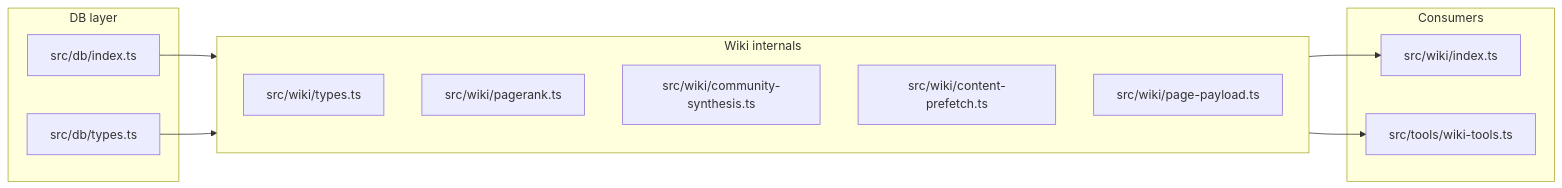
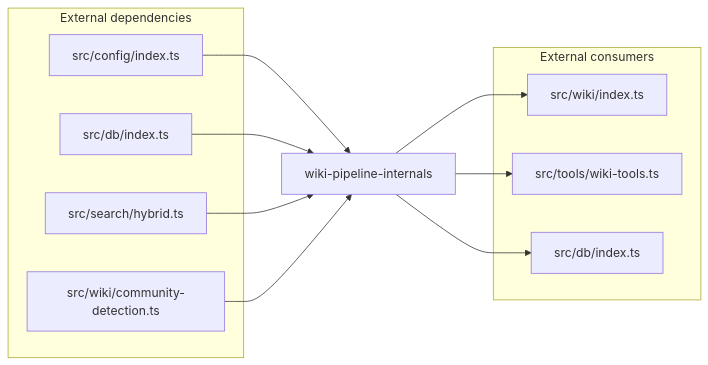
Before and after one commit to TheWinci/mimirs: the second of 2 diagrams in wiki/communities/wiki-pipeline-internals.md, drawn with Mermaid. The commit also changed other lines of this file and 36 other files, not shown here.

````diff
--- a/wiki/communities/wiki-pipeline-internals.md
+++ b/wiki/communities/wiki-pipeline-internals.md
@@ -98,22 +101,22 @@
 ```mermaid
 flowchart LR
-  subgraph dbLayer ["DB layer"]
+  subgraph Upstream["External dependencies"]
+    cfg["src/config/index.ts"]
+    db["src/db/index.ts"]
+    hybrid["src/search/hybrid.ts"]
+    detect["src/wiki/community-detection.ts"]
+  end
+  internals["wiki-pipeline-internals"]
+  subgraph Downstream["External consumers"]
+    barrel["src/wiki/index.ts"]
+    wikiTools["src/tools/wiki-tools.ts"]
     dbIdx["src/db/index.ts"]
-    dbTypes["src/db/types.ts"]
   end
-  subgraph wikiInternals ["Wiki internals"]
-    wikiTypes["src/wiki/types.ts"]
-    pagerank["src/wiki/pagerank.ts"]
-    synth["src/wiki/community-synthesis.ts"]
-    prefetch["src/wiki/content-prefetch.ts"]
-    payload["src/wiki/page-payload.ts"]
-  end
-  subgraph consumers ["Consumers"]
-    wikiIdx["src/wiki/index.ts"]
-    wikiTools["src/tools/wiki-tools.ts"]
-  end
-  dbIdx --> wikiInternals
-  dbTypes --> wikiInternals
-  wikiInternals --> wikiIdx
-  wikiInternals --> wikiTools
+  cfg --> internals
+  db --> internals
+  hybrid --> internals
+  detect --> internals
+  internals --> barrel
+  internals --> wikiTools
+  internals --> dbIdx
 ```
````
